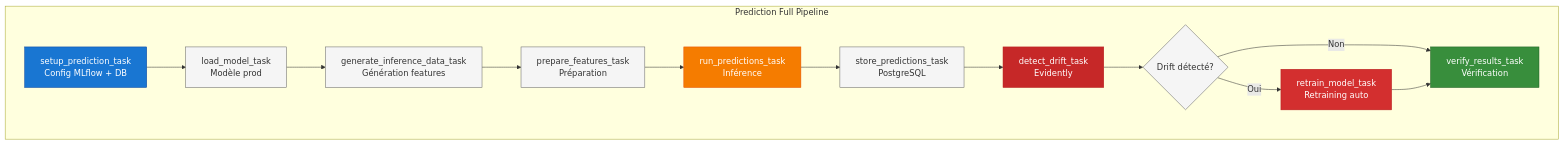
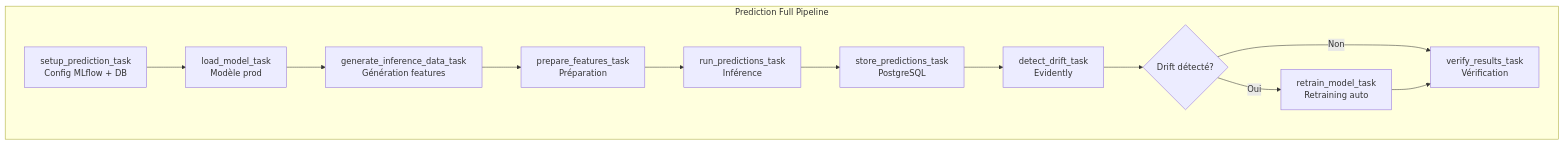
Before and after one commit to jinsudai/jinsudai: the eighth of 21 diagrams in docs/ARCHITECTURE_MLOPS.md, drawn with Mermaid. The commit also changed other lines of this file, not shown here.

````diff
--- a/docs/ARCHITECTURE_MLOPS.md
+++ b/docs/ARCHITECTURE_MLOPS.md
@@ -339,28 +277,17 @@
 ```mermaid
 flowchart TD
-    classDef setup fill:#1976D2,stroke:#0D47A1,color:#fff
-    classDef inference fill:#F57C00,stroke:#E65100,color:#fff
-    classDef monitoring fill:#C62828,stroke:#B71C1C,color:#fff
-    classDef retraining fill:#D32F2F,stroke:#B71C1C,color:#fff
-    classDef verification fill:#388E3C,stroke:#1B5E20,color:#fff
-    classDef default fill:#f5f5f5,stroke:#666,color:#333
 
     subgraph "Prediction Full Pipeline"
         A[setup_prediction_task<br/>Config MLflow + DB] --> B[load_model_task<br/>Modèle prod]
         B --> C[generate_inference_data_task<br/>Génération features]
         C --> D[prepare_features_task<br/>Préparation]
         D --> E[run_predictions_task<br/>Inférence]
         E --> F[store_predictions_task<br/>PostgreSQL]
         F --> G[detect_drift_task<br/>Evidently]
         G --> H{Drift détecté?}
         H -->|Oui| I[retrain_model_task<br/>Retraining auto]
         H -->|Non| J[verify_results_task<br/>Vérification]
         I --> J
     end
 
-    class A setup
-    class E inference
-    class G monitoring
-    class I retraining
-    class J verification
 ```
````
